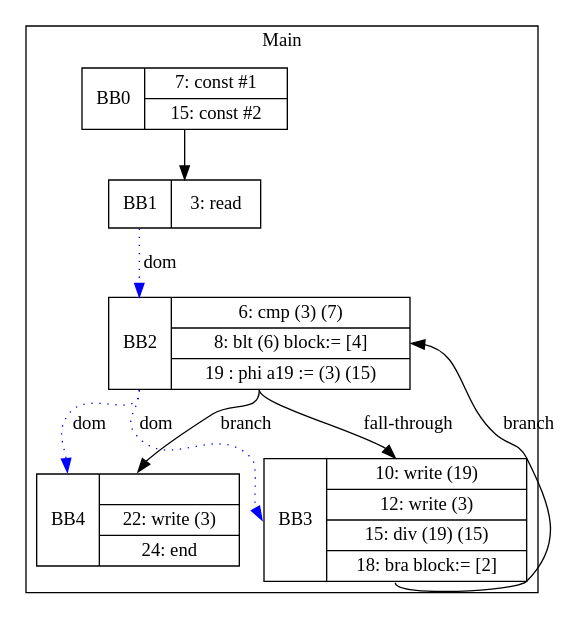
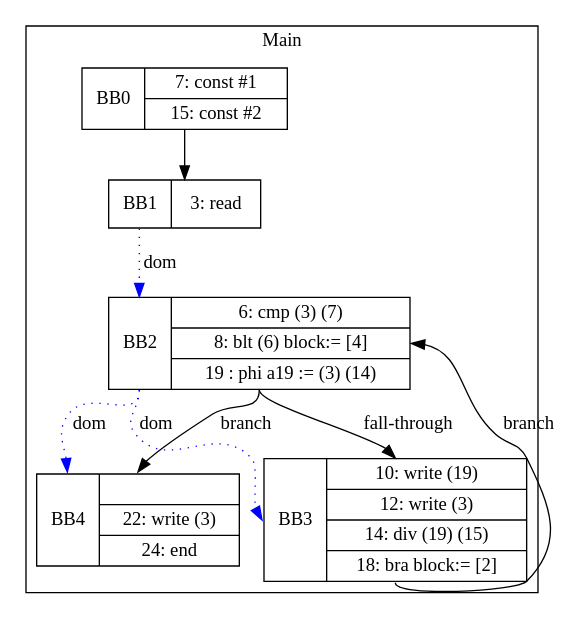
Before and after one commit to zjc664656505/UCI-CS241-Advanced-Compiler-main: the diagram in visualization/Zezhong/While_ChangeOneOfTwoEqualVars.gv, drawn with Graphviz. The commit also changed 13 other files, not shown here.

```diff
--- a/visualization/Zezhong/While_ChangeOneOfTwoEqualVars.gv
+++ b/visualization/Zezhong/While_ChangeOneOfTwoEqualVars.gv
@@ -1,18 +1,18 @@
 digraph G {
 node [shape=record];
 subgraph cluster_main{
 label = "Main";
 BB0 [shape=record, label="<b>BB0|{7: const #1|15: const #2}"];
 BB1 [shape=record, label="<b>BB1|{3: read}"];
-BB2 [shape=record, label="<b>BB2|{6: cmp (3) (7)|8: blt (6) block:= [4]|19 : phi a19 := (3) (15)}"];
-BB3 [shape=record, label="<b>BB3|{10: write (19)|12: write (3)|15: div (19) (15)|18: bra block:= [2]}"];
+BB2 [shape=record, label="<b>BB2|{6: cmp (3) (7)|8: blt (6) block:= [4]|19 : phi a19 := (3) (14)}"];
+BB3 [shape=record, label="<b>BB3|{10: write (19)|12: write (3)|14: div (19) (15)|18: bra block:= [2]}"];
 BB4 [shape=record, label="<b>BB4|{|22: write (3)|24: end}"];
 }
 BB0:s -> BB1:n ;
 BB2:b -> BB3:b [color=blue, style=dotted, label="dom"];
 BB2:b -> BB4:b [color=blue, style=dotted, label="dom"];
 BB1:b -> BB2:b [color=blue, style=dotted, label="dom"];
 BB2:s -> BB4:n [label="branch"];
 BB3:s -> BB2:e [label="branch"];
 BB2:s -> BB3:n [label="fall-through"];
 }
```
